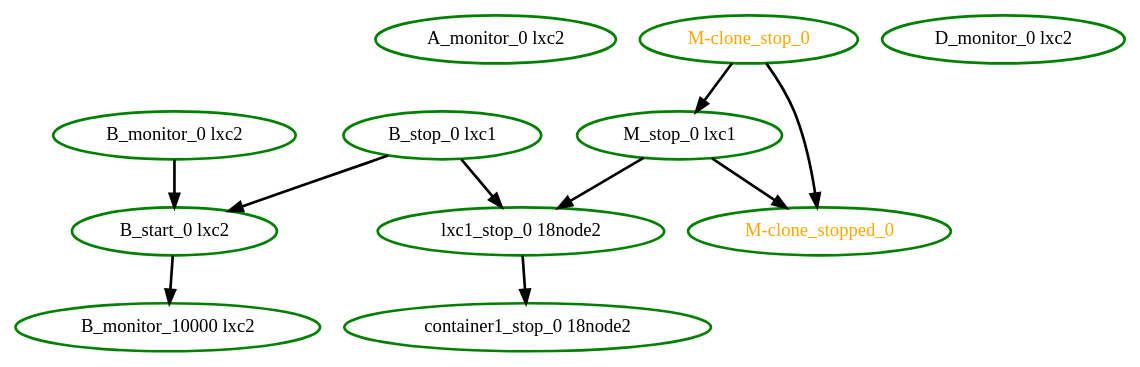
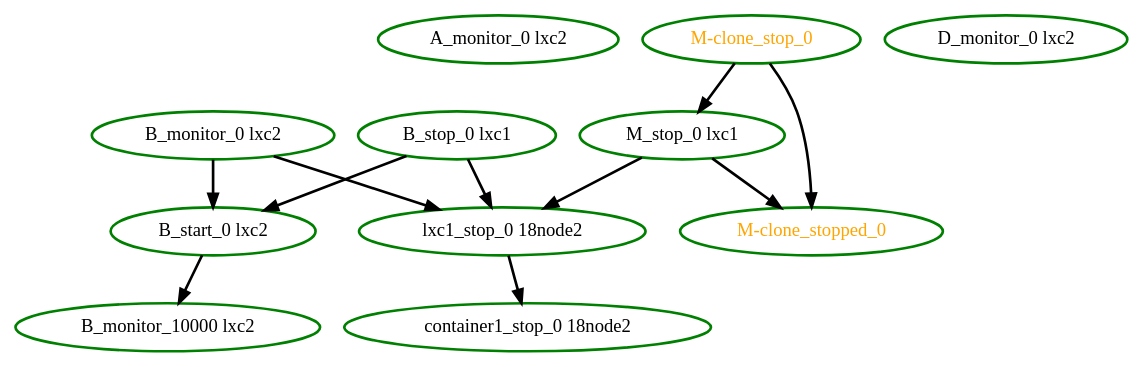
The diagram in cts/scheduler/whitebox-stop.dot (ClusterLabs/pacemaker), drawn with Graphviz before and after one commit. The commit also changed 82 other files, not shown here.

```diff
--- a/cts/scheduler/whitebox-stop.dot
+++ b/cts/scheduler/whitebox-stop.dot
@@ -1,22 +1,23 @@
 digraph "g" {
 "A_monitor_0 lxc2" [ style=bold color="green" fontcolor="black"]
 "B_monitor_0 lxc2" -> "B_start_0 lxc2" [ style = bold]
+"B_monitor_0 lxc2" -> "lxc1_stop_0 18node2" [ style = bold]
 "B_monitor_0 lxc2" [ style=bold color="green" fontcolor="black"]
 "B_monitor_10000 lxc2" [ style=bold color="green" fontcolor="black"]
 "B_start_0 lxc2" -> "B_monitor_10000 lxc2" [ style = bold]
 "B_start_0 lxc2" [ style=bold color="green" fontcolor="black"]
 "B_stop_0 lxc1" -> "B_start_0 lxc2" [ style = bold]
 "B_stop_0 lxc1" -> "lxc1_stop_0 18node2" [ style = bold]
 "B_stop_0 lxc1" [ style=bold color="green" fontcolor="black"]
 "D_monitor_0 lxc2" [ style=bold color="green" fontcolor="black"]
 "M-clone_stop_0" -> "M-clone_stopped_0" [ style = bold]
 "M-clone_stop_0" -> "M_stop_0 lxc1" [ style = bold]
 "M-clone_stop_0" [ style=bold color="green" fontcolor="orange"]
 "M-clone_stopped_0" [ style=bold color="green" fontcolor="orange"]
 "M_stop_0 lxc1" -> "M-clone_stopped_0" [ style = bold]
 "M_stop_0 lxc1" -> "lxc1_stop_0 18node2" [ style = bold]
 "M_stop_0 lxc1" [ style=bold color="green" fontcolor="black"]
 "container1_stop_0 18node2" [ style=bold color="green" fontcolor="black"]
 "lxc1_stop_0 18node2" -> "container1_stop_0 18node2" [ style = bold]
 "lxc1_stop_0 18node2" [ style=bold color="green" fontcolor="black"]
 }
```
